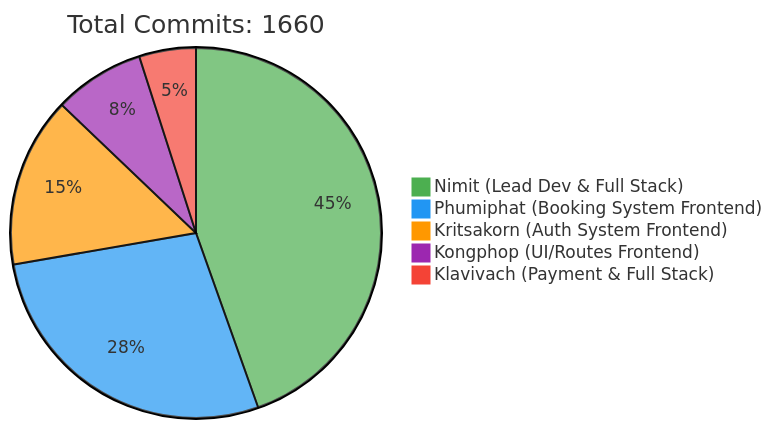
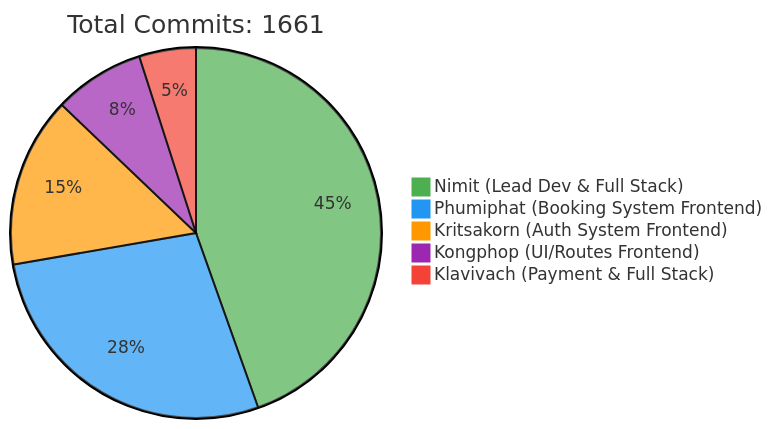
Before and after one commit to 6531503042/Sport-Complex: the first of 2 diagrams in README.md, drawn with Mermaid. The commit also changed other lines of this file, not shown here.

Commit message:
docs: Update contributor statistics [skip ci]

````diff
--- a/README.md
+++ b/README.md
@@ -257,10 +257,10 @@
 ```mermaid
 %%{init: {'theme': 'base', 'themeVariables': { 'pie1': '#4CAF50', 'pie2': '#2196F3', 'pie3': '#FF9800', 'pie4': '#9C27B0', 'pie5': '#F44336'}}}%%
 pie
-    title Total Commits: 1660
+    title Total Commits: 1661
     "Nimit (Lead Dev & Full Stack)" : 450
     "Phumiphat (Booking System Frontend)" : 280
     "Kritsakorn (Auth System Frontend)" : 150
     "Kongphop (UI/Routes Frontend)" : 80
     "Klavivach (Payment & Full Stack)" : 50
 ```
````
